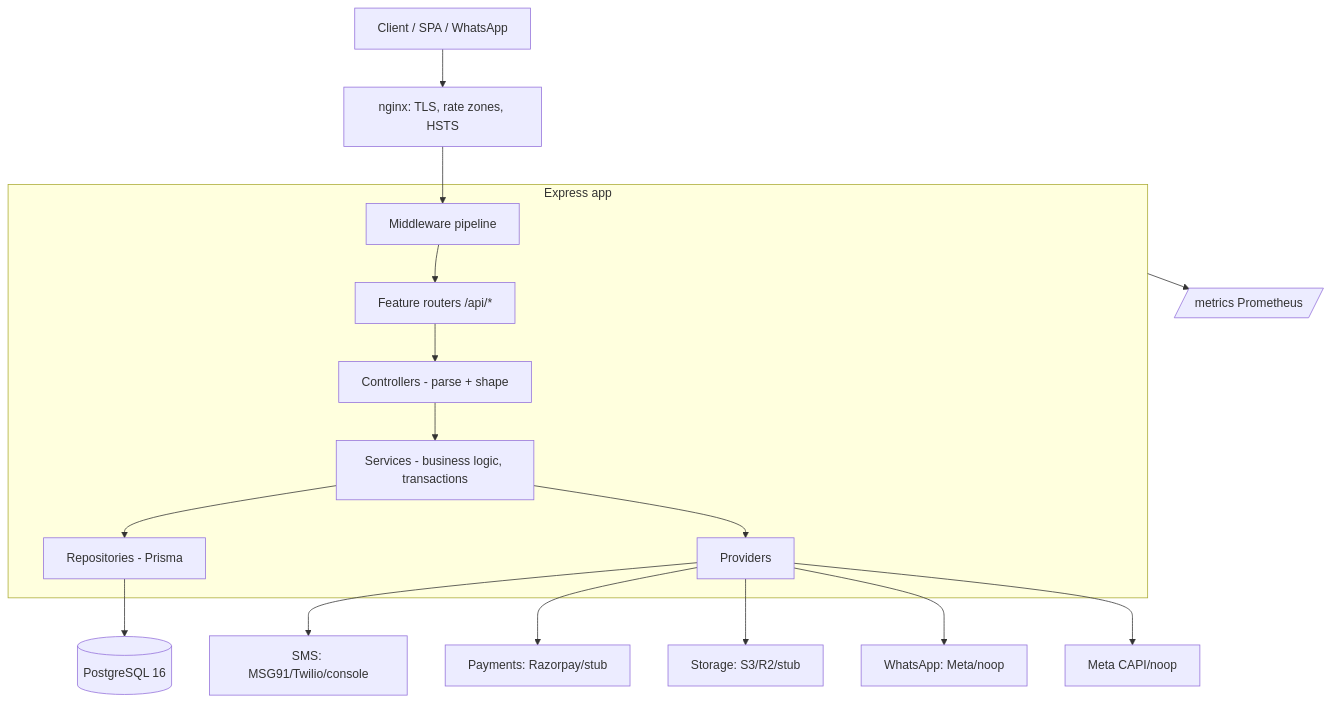
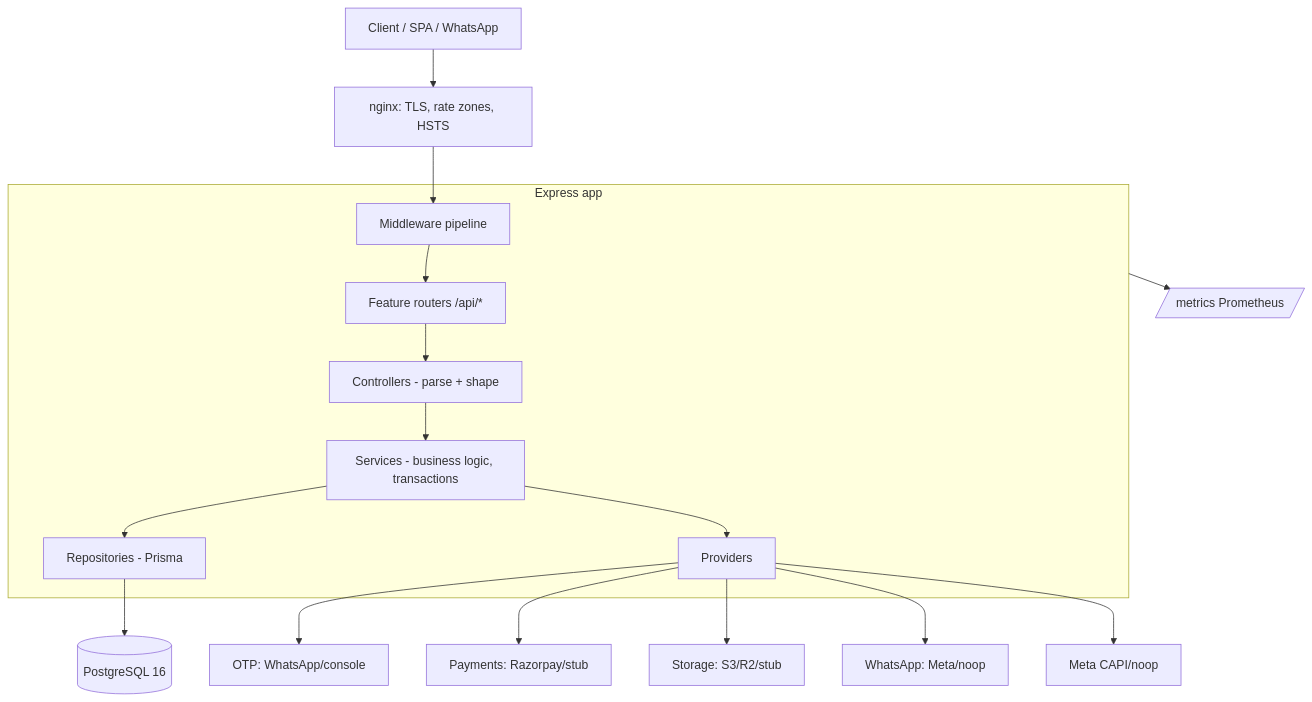
Before and after one commit to MS-Arul-05/Mexos-studio: the first of 4 diagrams in ARCHITECTURE.md, drawn with Mermaid. The commit also changed 20 other files, not shown here.

First line of the commit message:
Replace SMS OTP with WhatsApp-only delivery

````diff
--- a/ARCHITECTURE.md
+++ b/ARCHITECTURE.md
@@ -12,21 +12,21 @@
 ```mermaid
 flowchart TD
   client[Client / SPA / WhatsApp] --> proxy[nginx: TLS, rate zones, HSTS]
   proxy --> mw
 
   subgraph app[Express app]
     mw[Middleware pipeline] --> routes[Feature routers /api/*]
     routes --> ctrl[Controllers - parse + shape]
     ctrl --> svc[Services - business logic, transactions]
     svc --> repo[Repositories - Prisma]
     svc --> prov[Providers]
   end
 
   repo --> db[(PostgreSQL 16)]
-  prov --> sms[SMS: MSG91/Twilio/console]
+  prov --> otp[OTP: WhatsApp/console]
   prov --> pay[Payments: Razorpay/stub]
   prov --> store[Storage: S3/R2/stub]
   prov --> wa[WhatsApp: Meta/noop]
   prov --> capi[Meta CAPI/noop]
   app --> metrics[/metrics Prometheus/]
 ```
````
